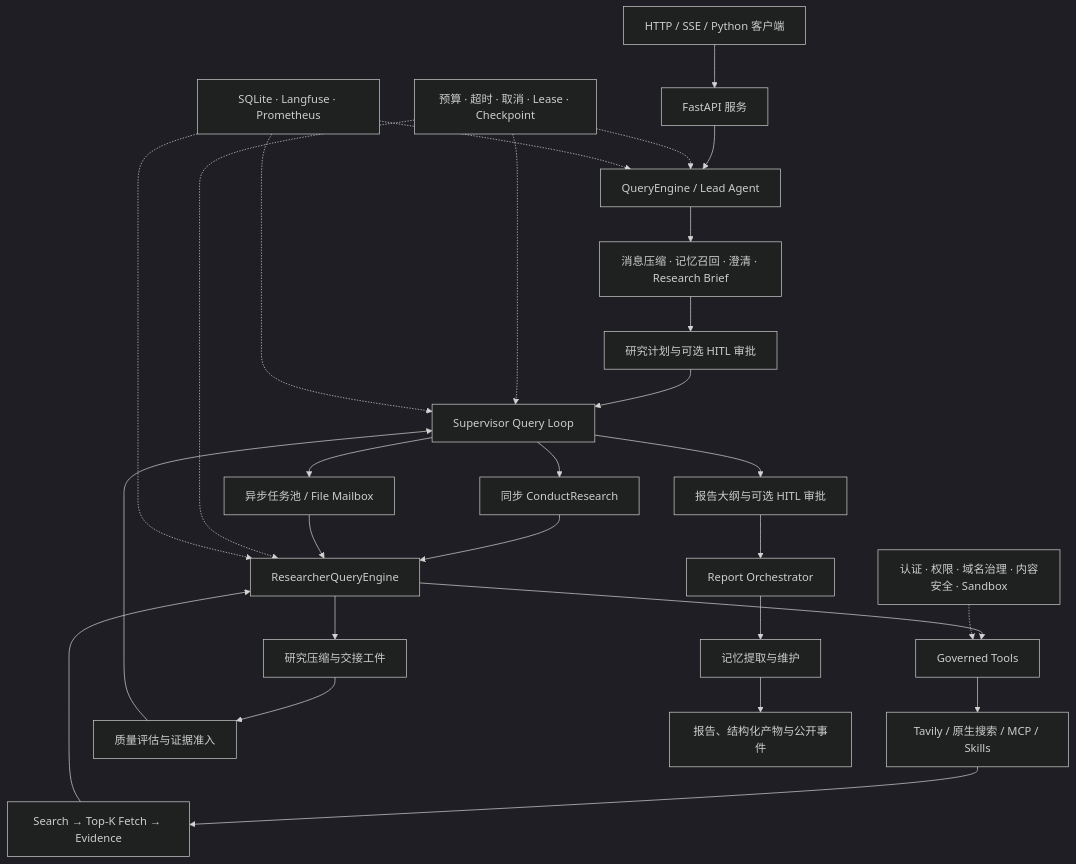
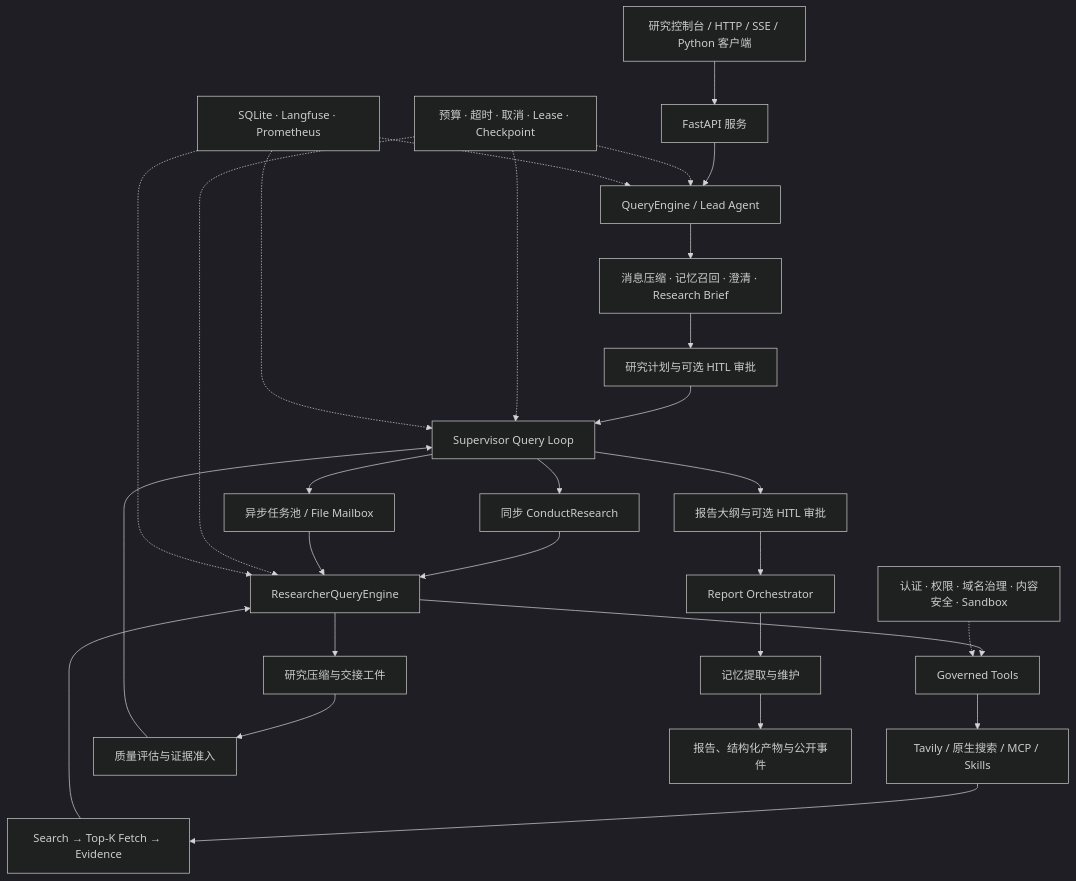
One commit to 1356370087/insight_forge changed the diagram in README.md. Above: the diagram before and after it, drawn with Mermaid (dark theme). The commit also changed other lines of this file and 1 other file, not shown here.

````diff
--- a/README.md
+++ b/README.md
@@ -216,36 +255,36 @@
 ```mermaid
 flowchart TD
-    Client["HTTP / SSE / Python 客户端"] --> API["FastAPI 服务"]
+    Client["研究控制台 / HTTP / SSE / Python 客户端"] --> API["FastAPI 服务"]
     API --> Lead["QueryEngine / Lead Agent"]
 
     Lead --> Prepare["消息压缩 · 记忆召回 · 澄清 · Research Brief"]
     Prepare --> Plan["研究计划与可选 HITL 审批"]
     Plan --> Supervisor["Supervisor Query Loop"]
 
     Supervisor --> Sync["同步 ConductResearch"]
     Supervisor --> Async["异步任务池 / File Mailbox"]
     Sync --> Researcher["ResearcherQueryEngine"]
     Async --> Researcher
 
     Researcher --> Tools["Governed Tools"]
     Tools --> Search["Tavily / 原生搜索 / MCP / Skills"]
     Search --> Evidence["Search → Top-K Fetch → Evidence"]
     Evidence --> Researcher
 
     Researcher --> Compression["研究压缩与交接工件"]
     Compression --> Quality["质量评估与证据准入"]
     Quality --> Supervisor
 
     Supervisor --> Outline["报告大纲与可选 HITL 审批"]
     Outline --> Report["Report Orchestrator"]
     Report --> Memory["记忆提取与维护"]
     Memory --> Result["报告、结构化产物与公开事件"]
 
     Runtime["预算 · 超时 · 取消 · Lease · Checkpoint"] -.-> Lead
     Runtime -.-> Supervisor
     Runtime -.-> Researcher
     Security["认证 · 权限 · 域名治理 · 内容安全 · Sandbox"] -.-> Tools
     Observe["SQLite · Langfuse · Prometheus"] -.-> Lead
     Observe -.-> Supervisor
     Observe -.-> Researcher
 ```
````
